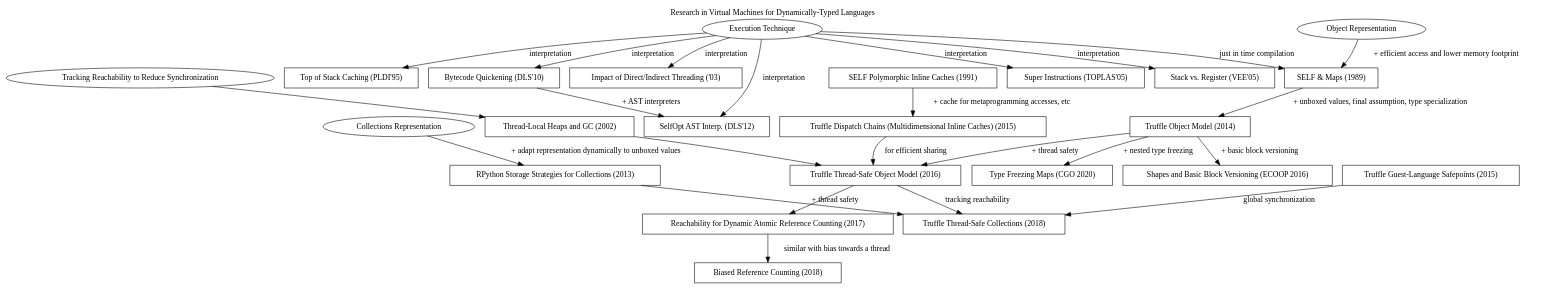
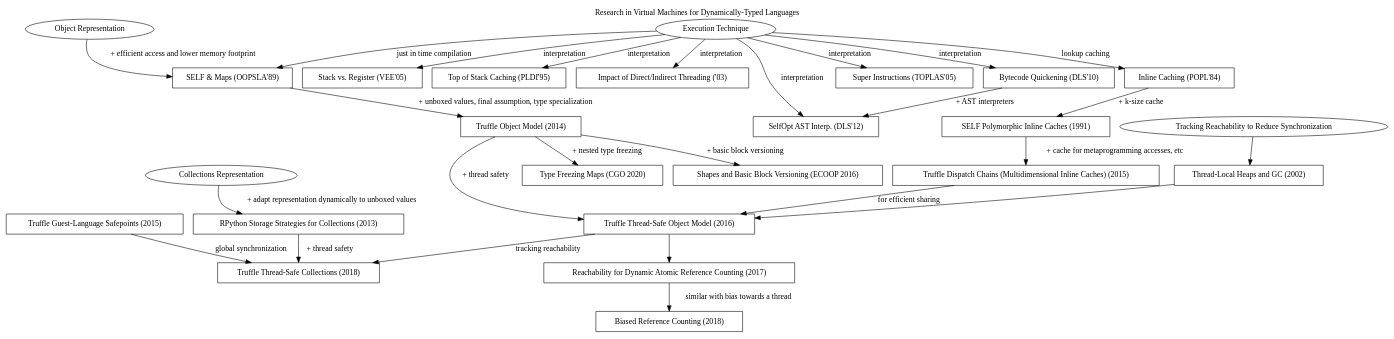
One commit to eregon/virtual-machines-research-graph changed the diagram in graph.dot. Above: the diagram before and after it, drawn with Graphviz.

Commit message:
Added inline caching

```diff
--- a/graph.dot
+++ b/graph.dot
@@ -1,102 +1,109 @@
 digraph G {
   label = "Research in Virtual Machines for Dynamically-Typed Languages"
   labelloc = "t"
   node [shape = "box"]
 
   # Nodes
   pic [label = "SELF Polymorphic Inline Caches (1991)",
        tooltip = "Optimizing Dynamically-Typed Object-Oriented Languages With Polymorphic Inline Caches",
        URL = "http://bibliography.selflanguage.org/_static/pics.pdf"]
   mpic [label = "Truffle Dispatch Chains (Multidimensional Inline Caches) (2015)",
         tooltip = "Zero-Overhead Metaprogramming; Reflection and Metaobject Protocols Fast and without Compromises",
         URL = "https://stefan-marr.de/downloads/pldi15-marr-et-al-zero-overhead-metaprogramming.pdf"]
 
   om [label = "Object Representation", shape="oval"]
-  maps [label = "SELF & Maps (1989)",
+  maps [label = "SELF & Maps (OOPSLA'89)",
         tooltip = "An Efficient Implementation of SELF a Dynamically-Typed Object-Oriented Language Based on Prototypes",
         URL = "http://www.selflanguage.org/_static/published/implementation.pdf"]
   tosm [label = "Truffle Object Model (2014)",
         tooltip = "An Object Storage Model for the Truffle Language Implementation Framework",
         URL = "https://chrisseaton.com/rubytruffle/pppj14-om/pppj14-om.pdf"]
   tso [label = "Truffle Thread-Safe Object Model (2016)",
        tooltip = "Efficient and Thread-Safe Objects for Dynamically-Typed Languages",
        URL = "https://eregon.me/blog/assets/research/thread-safe-objects.pdf"]
 
   glsp [label = "Truffle Guest-Language Safepoints (2015)",
         tooltip = "Techniques and Applications for Guest-Language Safepoints",
         URL = "https://eregon.me/blog/assets/research/guest-language-safepoints.pdf"]
 
   freezing [label = "Type Freezing Maps (CGO 2020)",
             tooltip = "Type Freezing: Exploiting Attribute Type Monomorphism in Tracing JIT Compilers",
             URL = "https://doi.org/10.1145/3368826.3377907"]
   shapesAndBBV [label = "Shapes and Basic Block Versioning (ECOOP 2016)",
                 tooltip = "Interprocedural Type Specialization of JavaScript Programs Without Type Analysis",
                 URL = "https://drops.dagstuhl.de/opus/volltexte/2016/6101/pdf/LIPIcs-ECOOP-2016-7.pdf"]
 
   collections [label = "Collections Representation", shape="oval"]
   ss [label = "RPython Storage Strategies for Collections (2013)",
       tooltip = "Storage Strategies for Collections in Dynamically Typed Languages",
       URL = "https://tratt.net/laurie/research/pubs/html/bolz_diekmann_tratt__storage_strategies_for_collections_in_dynamically_typed_languages/"]
   tsc [label = "Truffle Thread-Safe Collections (2018)",
        tooltip = "Parallelization of Dynamic Languages: Synchronizing Built-in Collections",
        URL = "https://eregon.me/blog/assets/research/thread-safe-collections.pdf"]
 
   reachability [label = "Tracking Reachability to Reduce Synchronization", shape="oval"]
   domani [label = "Thread-Local Heaps and GC (2002)",
           tooltip = "Thread-Local Heaps for Java",
           URL = "http://citeseerx.ist.psu.edu/viewdoc/download?doi=10.1.1.63.5846&amp;rep=rep1&amp;type=pdf"]
   rarc [label = "Reachability for Dynamic Atomic Reference Counting (2017)",
         tooltip = "Dynamic Atomicity: Optimizing Swift Memory Management",
         URL = "https://dl.acm.org/doi/10.1145/3133841.3133843"]
   brc [label = "Biased Reference Counting (2018)",
        tooltip = "Biased Reference Counting: Minimizing Atomic Operations in Garbage Collection",
        URL = "https://iacoma.cs.uiuc.edu/iacoma-papers/pact18.pdf"]
 
   exe [label = "Execution Technique", shape="oval"]
   stackVsReg [label = "Stack vs. Register (VEE'05)",
        tooltip = "Virtual Machine Showdown: Stack Versus Registers",
        URL = "https://www.usenix.org/legacy/events%2Fvee05%2Ffull_papers/p153-yunhe.pdf"]
   topOfStack [label = "Top of Stack Caching (PLDI'95)",
        tooltip = "Stack Caching for Interpreters",
        URL = "http://www2.cs.arizona.edu/~collberg/Teaching/553/2011/Resources/ertl94sc.pdf"]
   directIndirect [label = "Impact of Direct/Indirect Threading ('03)",
        tooltip = "The Structure and Performance of Efficient Interpreters",
        URL = "https://www.jilp.org/vol5/v5paper12.pdf"]
   selfOptAst [label = "SelfOpt AST Interp. (DLS'12)",
        tooltip = "Self-Optimizing AST Interpreters",
        URL = "http://lafo.ssw.uni-linz.ac.at/papers/2012_DLS_SelfOptimizingASTInterpreters.pdf"]
   superInstructions [label = "Super Instructions (TOPLAS'05)",
        tooltip = "Optimizing Indirect Branch Prediction Accuracy in Virtual Machine Interpreters",
        URL = "https://www.scss.tcd.ie/David.Gregg/papers/toplas05.pdf"]
   quickening [label = "Bytecode Quickening (DLS'10)",
        tooltip = "Efficient Interpretation Using Quickening",
        URL = "https://publications.sba-research.org/publications/dls10.pdf"]
+
+  inlineCaching [label = "Inline Caching (POPL'84)",
+       tooltip = "Efficient Implementation of the Smalltalk-80 System",
+       URL = "http://web.cs.ucla.edu/~palsberg/course/cs232/papers/DeutschSchiffman-popl84.pdf"]
+
   # Edges
+  inlineCaching -> pic [label = "+ k-size cache"]
   pic -> mpic [label = "+ cache for metaprogramming accesses, etc"]
   mpic -> tso [label = "for efficient sharing"]
 
   om -> maps [label = "+ efficient access and lower memory footprint"]
   maps -> tosm [label = "+ unboxed values, final assumption, type specialization"]
   tosm -> tso [label = "+ thread safety"]
   tosm -> shapesAndBBV [label = "+ basic block versioning"]
   tosm -> freezing [label = "+ nested type freezing"]
   tso -> rarc
   rarc -> brc [label = "similar with bias towards a thread"]
 
   reachability -> domani
   domani -> tso
 
   tso -> tsc [label = "tracking reachability"]
   glsp -> tsc [label = "global synchronization"]
   collections -> ss [label = "+ adapt representation dynamically to unboxed values"]
   ss -> tsc [label = "+ thread safety"]
 
+  exe -> inlineCaching [label = "lookup caching"]
   exe -> directIndirect [label = "interpretation"]
   exe -> stackVsReg [label = "interpretation"]
   exe -> topOfStack [label = "interpretation"]
   exe -> superInstructions [label = "interpretation"]
   exe -> selfOptAst [label = "interpretation"]
   exe -> quickening [label = "interpretation"]
   quickening -> selfOptAst [label = "+ AST interpreters"]
   exe -> maps [label = "just in time compilation"]
 }
```
